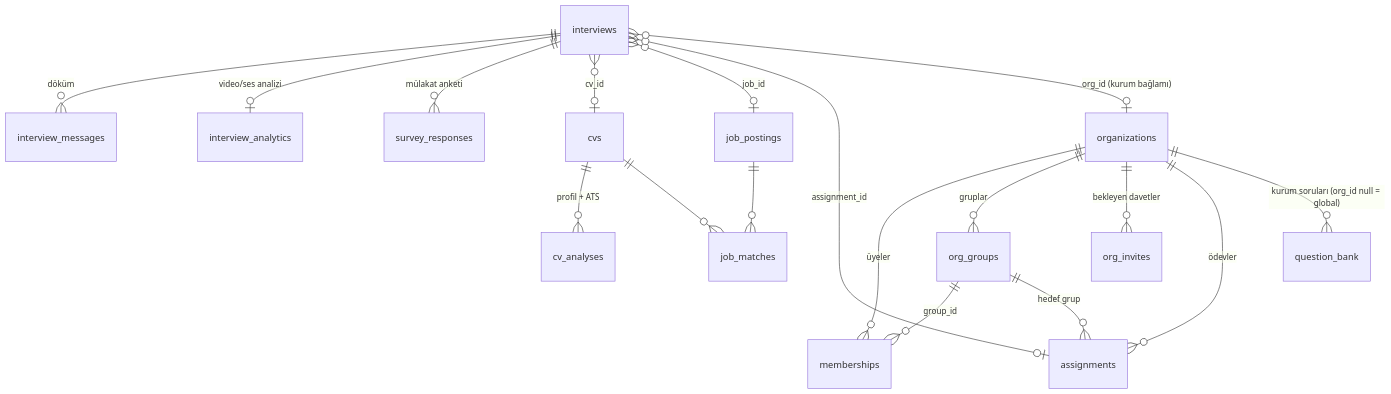
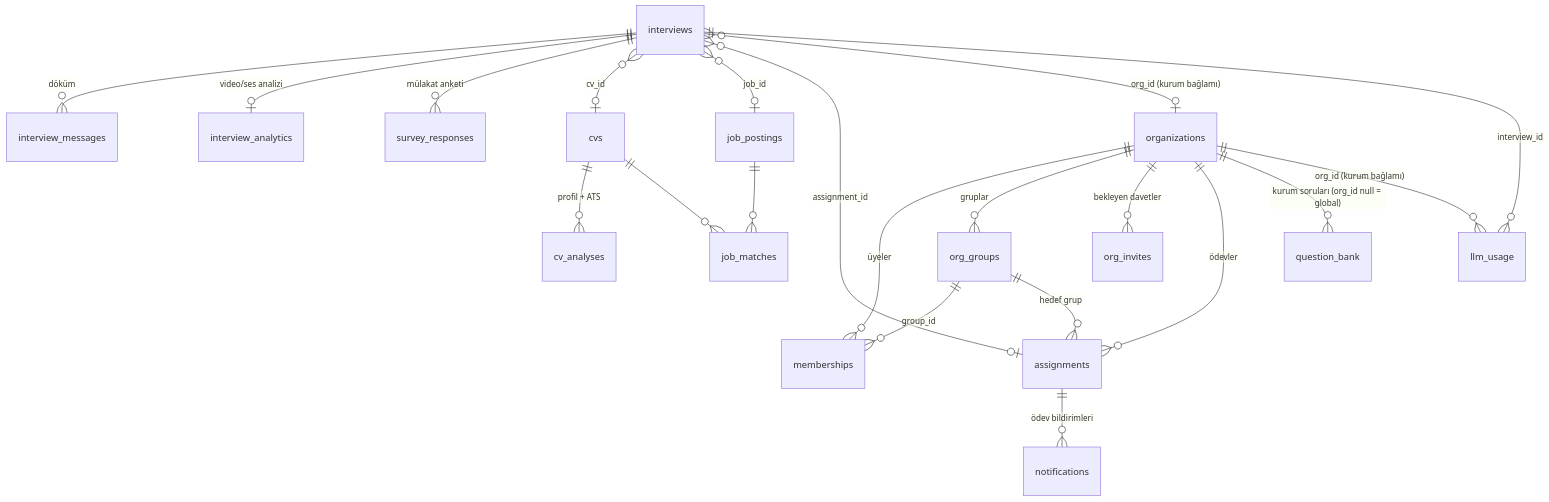
The second of 3 diagrams in docs/ARCHITECTURE.md (candeliat/DeepInsight-Yapay-Zeka-Tabanl-Multimodal-M-lakat-Analiz-Platformu), drawn with Mermaid before and after one commit. The commit also changed other lines of this file and 3 other files, not shown here.

````diff
--- a/docs/ARCHITECTURE.md
+++ b/docs/ARCHITECTURE.md
@@ -61,20 +68,23 @@
 ```mermaid
 erDiagram
     organizations ||--o{ memberships : "üyeler"
     organizations ||--o{ org_groups : "gruplar"
     organizations ||--o{ org_invites : "bekleyen davetler"
     organizations ||--o{ assignments : "ödevler"
     organizations ||--o{ question_bank : "kurum soruları (org_id null = global)"
     org_groups ||--o{ memberships : "group_id"
     org_groups ||--o{ assignments : "hedef grup"
     interviews ||--o{ interview_messages : "döküm"
     interviews ||--o| interview_analytics : "video/ses analizi"
     interviews ||--o{ survey_responses : "mülakat anketi"
     cvs ||--o{ cv_analyses : "profil + ATS"
     cvs ||--o{ job_matches : ""
     job_postings ||--o{ job_matches : ""
     interviews }o--o| cvs : "cv_id"
     interviews }o--o| job_postings : "job_id"
     interviews }o--o| assignments : "assignment_id"
     interviews }o--o| organizations : "org_id (kurum bağlamı)"
+    assignments ||--o{ notifications : "ödev bildirimleri"
+    interviews ||--o{ llm_usage : "interview_id"
+    organizations ||--o{ llm_usage : "org_id (kurum bağlamı)"
 ```
````
